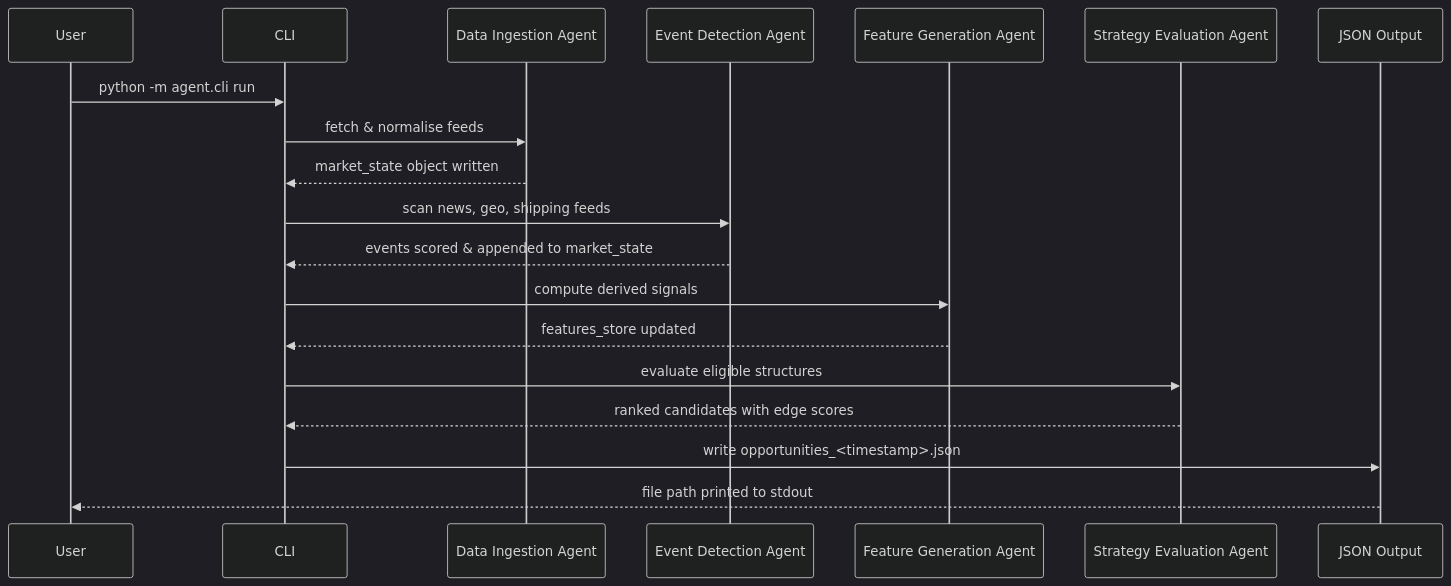
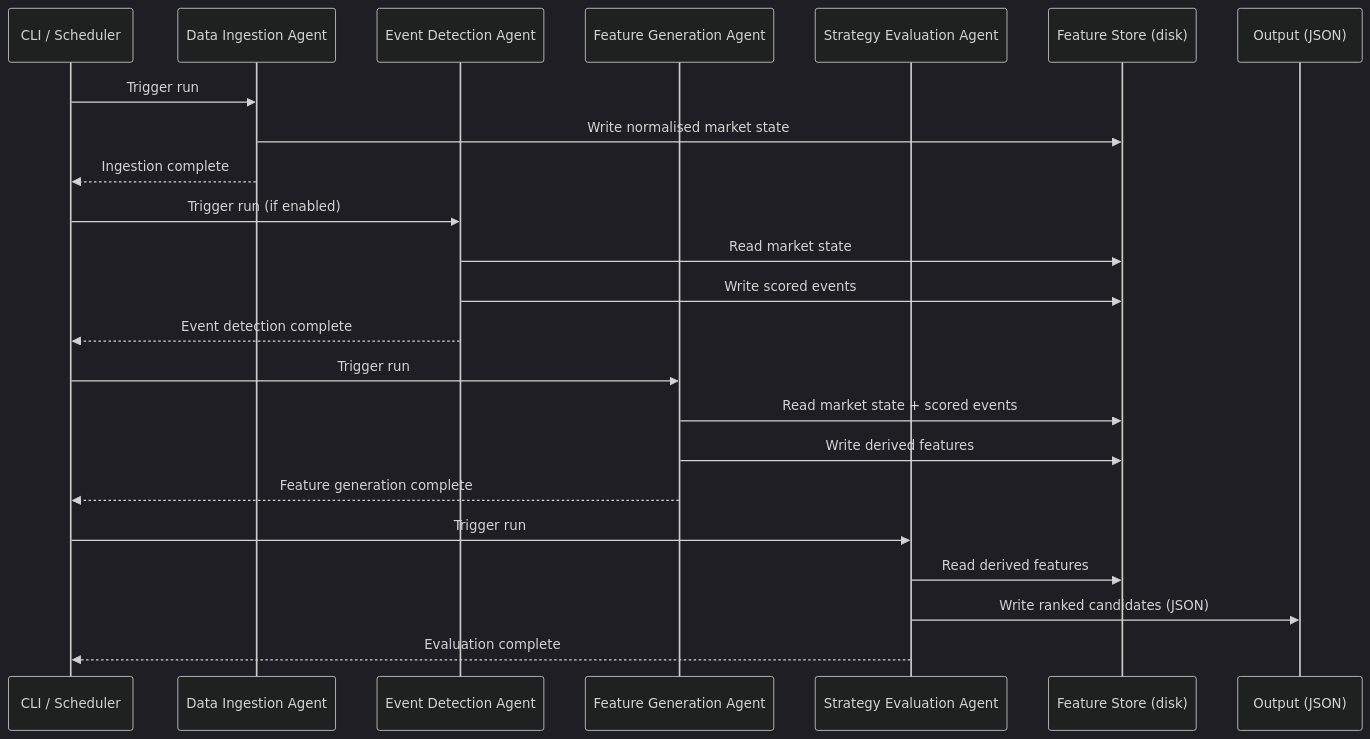
The second of 2 diagrams in docs/generated/user_guide_full-pipeline.md (jeisenback/golden_boy_peanuts), drawn with Mermaid (dark theme) before and after one commit. The commit also changed other lines of this file, not shown here.

Commit message:
docs: regenerate user guide [skip ci]

````diff
--- a/docs/generated/user_guide_full-pipeline.md
+++ b/docs/generated/user_guide_full-pipeline.md
@@ -192,22 +219,29 @@
 ```mermaid
 sequenceDiagram
-    participant User
-    participant CLI
-    participant Ingestion as Data Ingestion Agent
-    participant Event as Event Detection Agent
-    participant Feature as Feature Generation Agent
-    participant Strategy as Strategy Evaluation Agent
-    participant Output as JSON Output
+    participant CLI as CLI / Scheduler
+    participant DIA as Data Ingestion Agent
+    participant EDA as Event Detection Agent
+    participant FGA as Feature Generation Agent
+    participant SEA as Strategy Evaluation Agent
+    participant FS as Feature Store (disk)
+    participant OUT as Output (JSON)
 
-    User->>CLI: python -m agent.cli run
-    CLI->>Ingestion: fetch & normalise feeds
-    Ingestion-->>CLI: market_state object written
-    CLI->>Event: scan news, geo, shipping feeds
-    Event-->>CLI: events scored & appended to market_state
-    CLI->>Feature: compute derived signals
-    Feature-->>CLI: features_store updated
-    CLI->>Strategy: evaluate eligible structures
-    Strategy-->>CLI: ranked candidates with edge scores
-    CLI->>Output: write opportunities_<timestamp>.json
-    Output-->>User: file path printed to stdout
+    CLI->>DIA: Trigger run
+    DIA->>FS: Write normalised market state
+    DIA-->>CLI: Ingestion complete
+
+    CLI->>EDA: Trigger run (if enabled)
+    EDA->>FS: Read market state
+    EDA->>FS: Write scored events
+    EDA-->>CLI: Event detection complete
+
+    CLI->>FGA: Trigger run
+    FGA->>FS: Read market state + scored events
+    FGA->>FS: Write derived features
+    FGA-->>CLI: Feature generation complete
+
+    CLI->>SEA: Trigger run
+    SEA->>FS: Read derived features
+    SEA->>OUT: Write ranked candidates (JSON)
+    SEA-->>CLI: Evaluation complete
 ```
````
